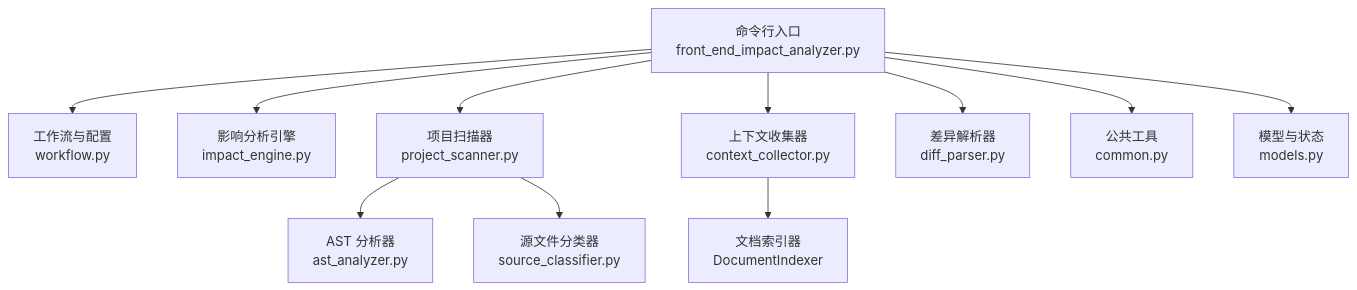
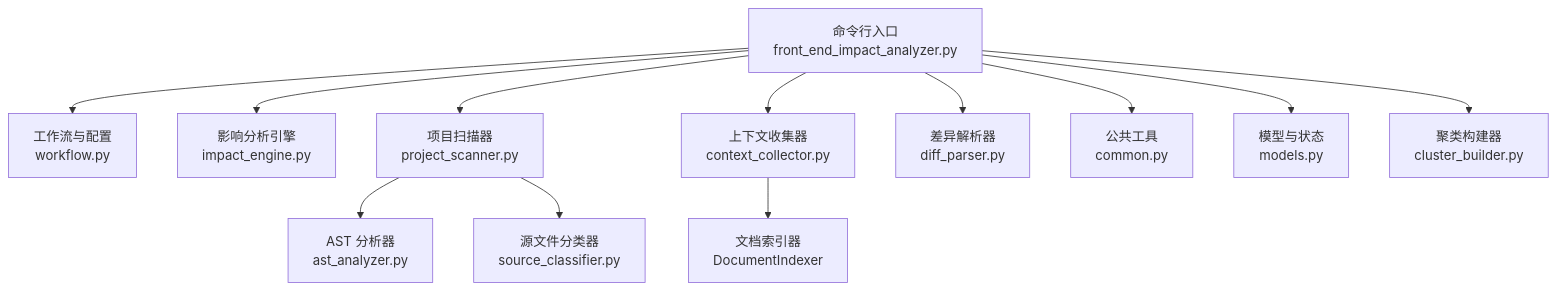
The first of 8 diagrams in .qoder/repowiki/zh/content/高级用法/性能优化.md (brand-new-remo/frontend-impact-analyzer), drawn with Mermaid before and after one commit. The commit also changed other lines of this file and 8 other files, not shown here.

````diff
--- a/.qoder/repowiki/zh/content/高级用法/性能优化.md
+++ b/.qoder/repowiki/zh/content/高级用法/性能优化.md
@@ -36,13 +46,14 @@
 ```mermaid
 graph TB
 CLI["命令行入口<br/>front_end_impact_analyzer.py"] --> WF["工作流与配置<br/>workflow.py"]
 CLI --> ENG["影响分析引擎<br/>impact_engine.py"]
 CLI --> PS["项目扫描器<br/>project_scanner.py"]
 PS --> AST["AST 分析器<br/>ast_analyzer.py"]
 PS --> CL["源文件分类器<br/>source_classifier.py"]
 CLI --> DC["上下文收集器<br/>context_collector.py"]
 DC --> DI["文档索引器<br/>DocumentIndexer"]
 CLI --> DP["差异解析器<br/>diff_parser.py"]
 CLI --> CMN["公共工具<br/>common.py"]
 CLI --> MD["模型与状态<br/>models.py"]
+CLI --> CB["聚类构建器<br/>cluster_builder.py"]
 ```
````
